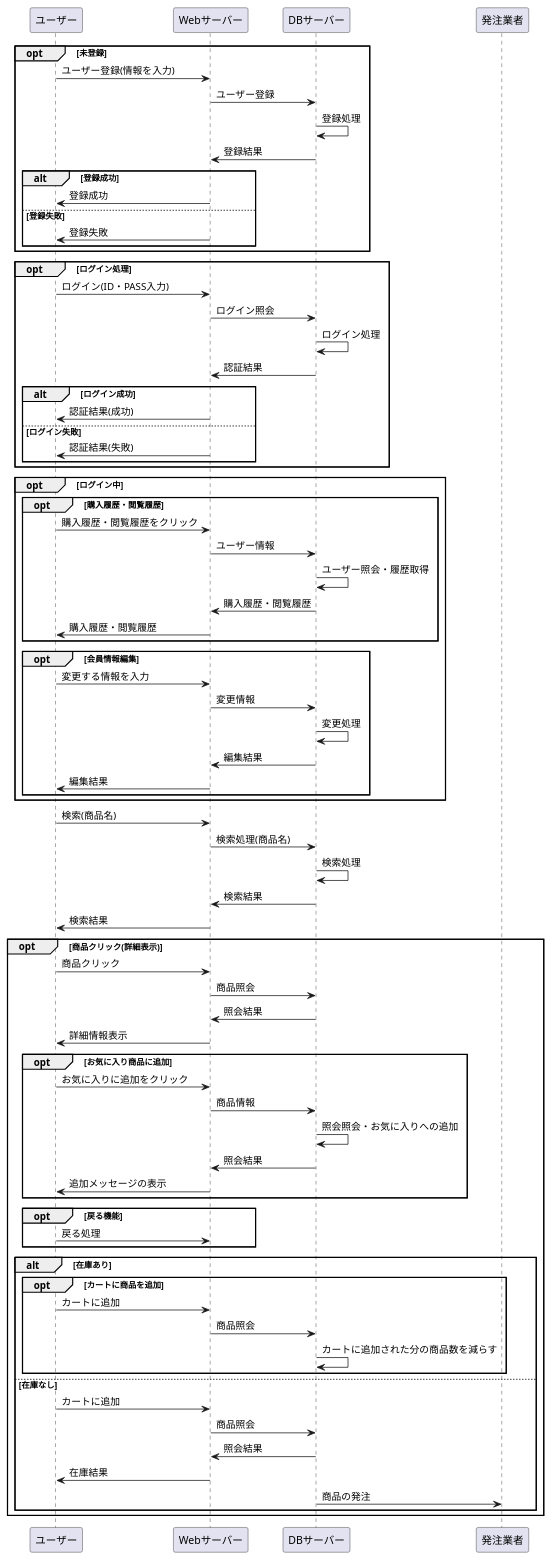
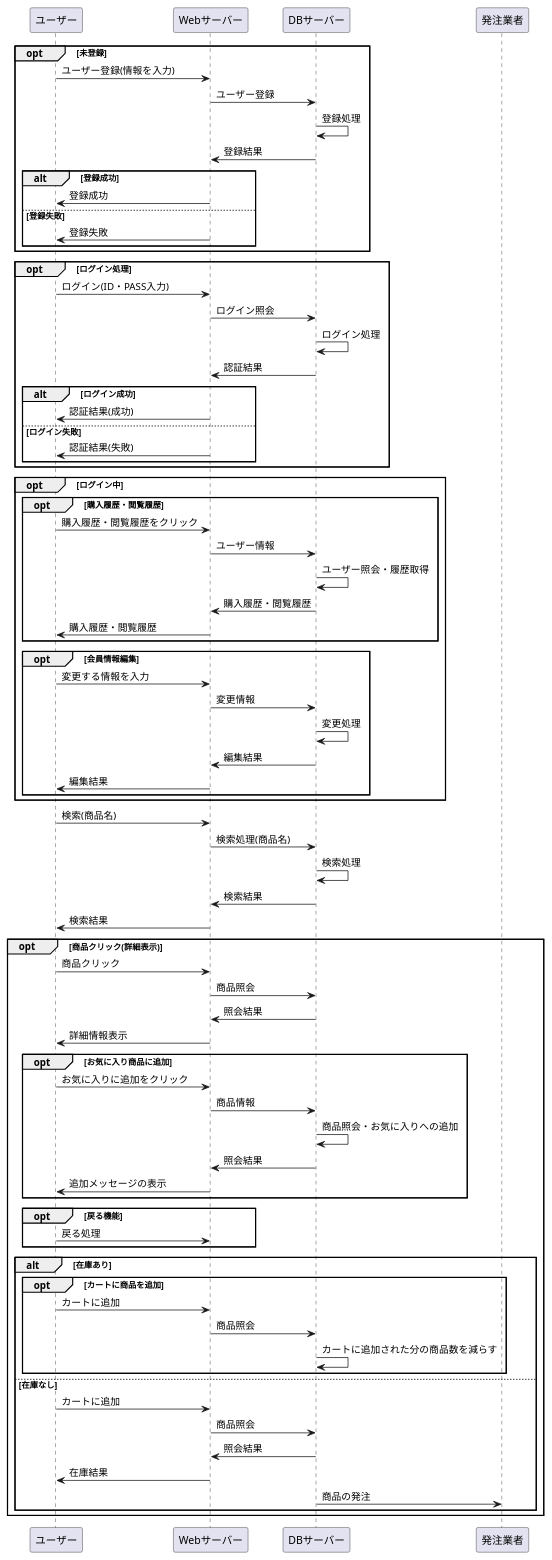
The diagram in システム開発/業務フロー.md (Aso2001163/2021sys-design-2), drawn with PlantUML before and after one commit.

```diff
--- a/システム開発/業務フロー.md
+++ b/システム開発/業務フロー.md
@@ -64,7 +64,7 @@
 opt お気に入り商品に追加
 ユーザー -> Webサーバー : お気に入りに追加をクリック
 Webサーバー -> DBサーバー : 商品情報
-DBサーバー -> DBサーバー : 照会照会・お気に入りへの追加
+DBサーバー -> DBサーバー : 商品照会・お気に入りへの追加
 DBサーバー -> Webサーバー : 照会結果
 Webサーバー -> ユーザー : 追加メッセージの表示
 end
```
